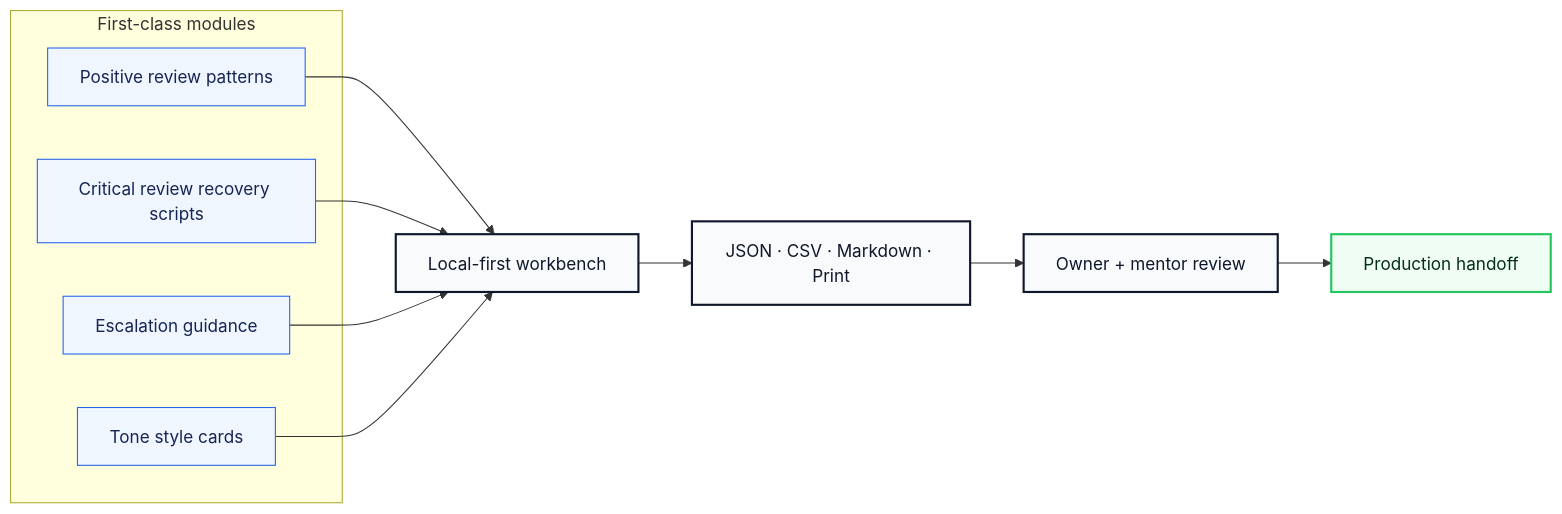
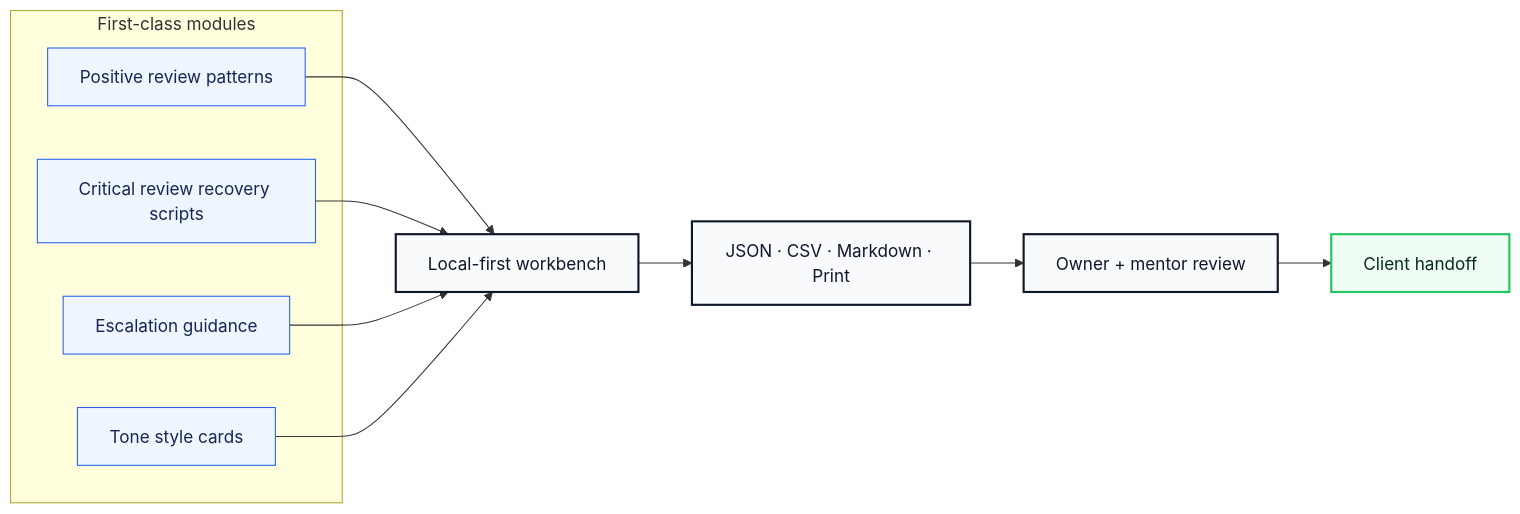
Before and after one commit to volta-npo/review-reply-lab: the second of 3 diagrams in README.md, drawn with Mermaid. The commit also changed other lines of this file and 28 other files, not shown here.

````diff
--- a/README.md
+++ b/README.md
@@ -64,23 +64,23 @@
 ```mermaid
 flowchart LR
     subgraph Modules["First-class modules"]
         M1["Positive review patterns"]
         M2["Critical review recovery scripts"]
         M3["Escalation guidance"]
         M4["Tone style cards"]
     end
     M1 --> Workbench
     M2 --> Workbench
     M3 --> Workbench
     M4 --> Workbench
     Workbench["Local-first workbench"] --> Exports["JSON · CSV · Markdown · Print"]
     Exports --> Review["Owner + mentor review"]
-    Review --> Launch["Production handoff"]
+    Review --> Launch["Client handoff"]
 
     classDef module fill:#eff6ff,stroke:#2563eb,color:#172554;
     classDef app fill:#f8fafc,stroke:#0f172a,color:#0f172a,stroke-width:2px;
     classDef launch fill:#f0fdf4,stroke:#22c55e,color:#052e16,stroke-width:2px;
     class M1,M2,M3,M4 module;
     class Workbench,Exports,Review app;
     class Launch launch;
 ```
````
